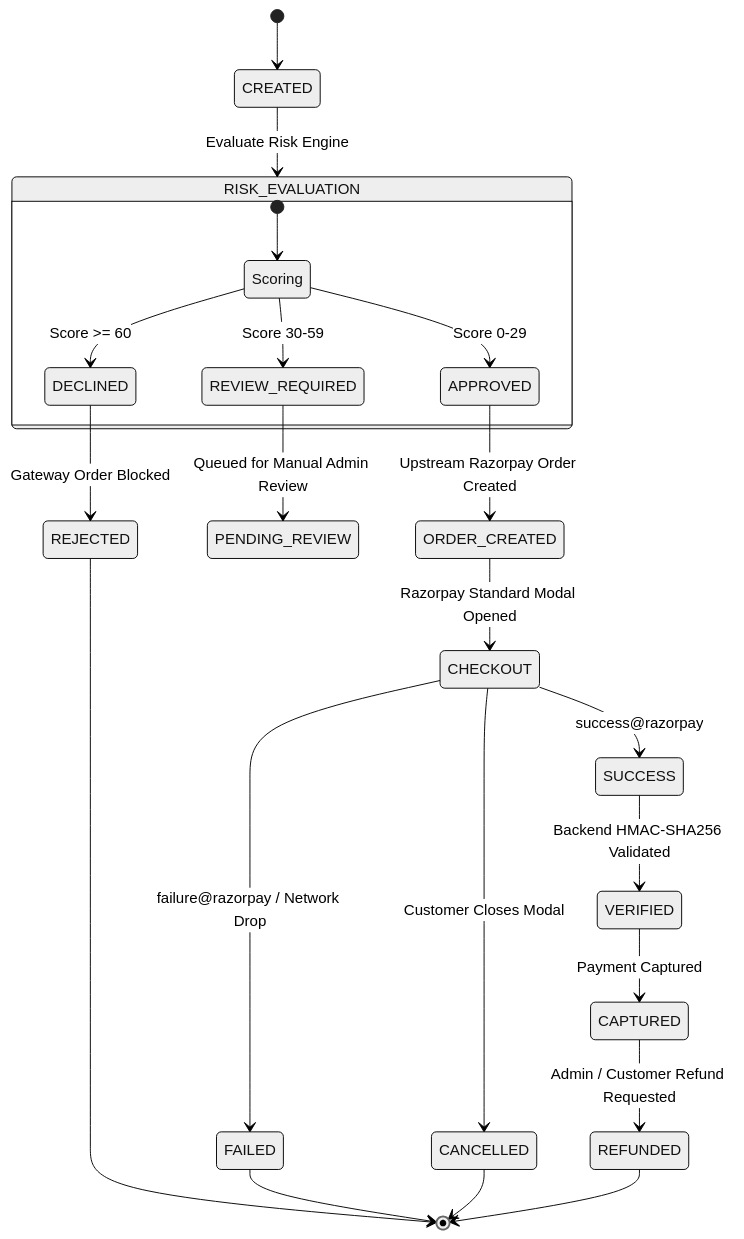
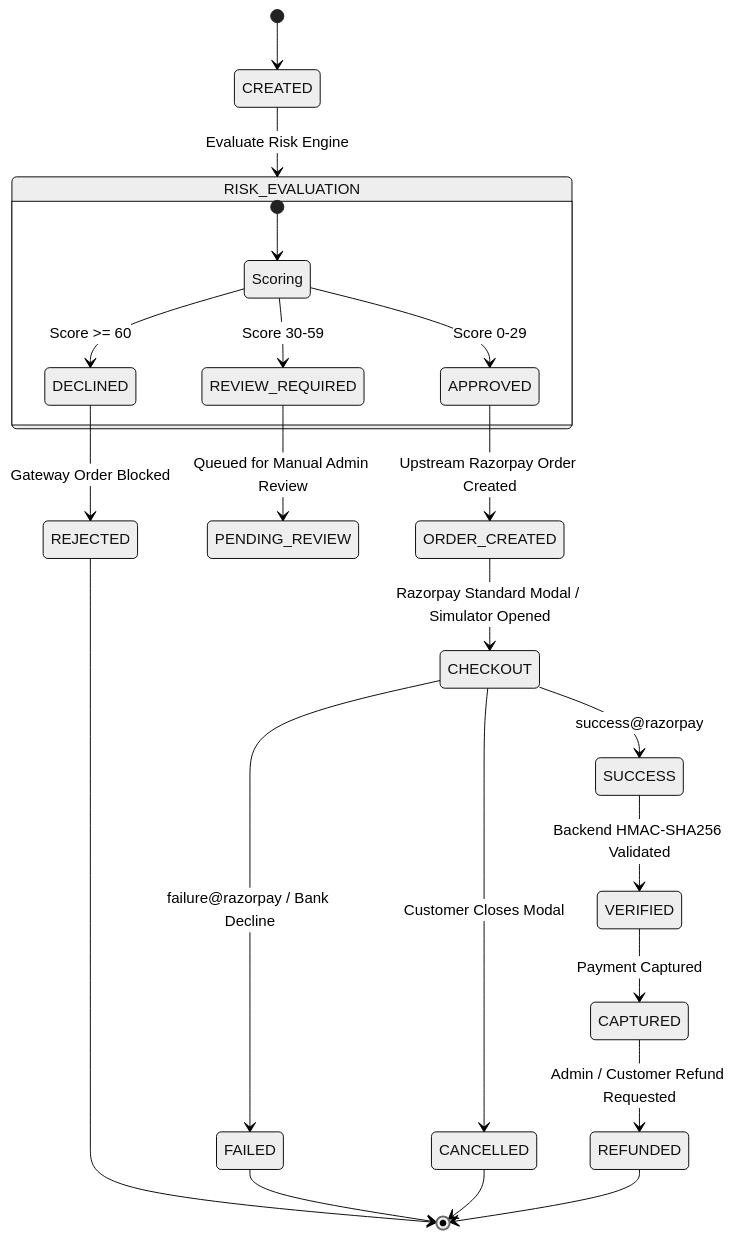
One commit to CHERRY365206/PayShield changed the second of 2 diagrams in README.md. Above: the diagram before and after it, drawn with Mermaid (neutral theme). The commit also changed other lines of this file and 6 other files, not shown here.

````diff
--- a/README.md
+++ b/README.md
@@ -63,31 +111,31 @@
 ```mermaid
 stateDiagram-v2
     [*] --> CREATED
     CREATED --> RISK_EVALUATION : Evaluate Risk Engine
 
     state RISK_EVALUATION {
         [*] --> Scoring
         Scoring --> DECLINED : Score >= 60
         Scoring --> REVIEW_REQUIRED : Score 30-59
         Scoring --> APPROVED : Score 0-29
     }
 
     DECLINED --> REJECTED : Gateway Order Blocked
     REVIEW_REQUIRED --> PENDING_REVIEW : Queued for Manual Admin Review
     APPROVED --> ORDER_CREATED : Upstream Razorpay Order Created
 
-    ORDER_CREATED --> CHECKOUT : Razorpay Standard Modal Opened
+    ORDER_CREATED --> CHECKOUT : Razorpay Standard Modal / Simulator Opened
 
     CHECKOUT --> SUCCESS : success@razorpay
-    CHECKOUT --> FAILED : failure@razorpay / Network Drop
+    CHECKOUT --> FAILED : failure@razorpay / Bank Decline
     CHECKOUT --> CANCELLED : Customer Closes Modal
 
     SUCCESS --> VERIFIED : Backend HMAC-SHA256 Validated
     VERIFIED --> CAPTURED : Payment Captured
     CAPTURED --> REFUNDED : Admin / Customer Refund Requested
 
     REJECTED --> [*]
     FAILED --> [*]
     CANCELLED --> [*]
     REFUNDED --> [*]
 ```
````
